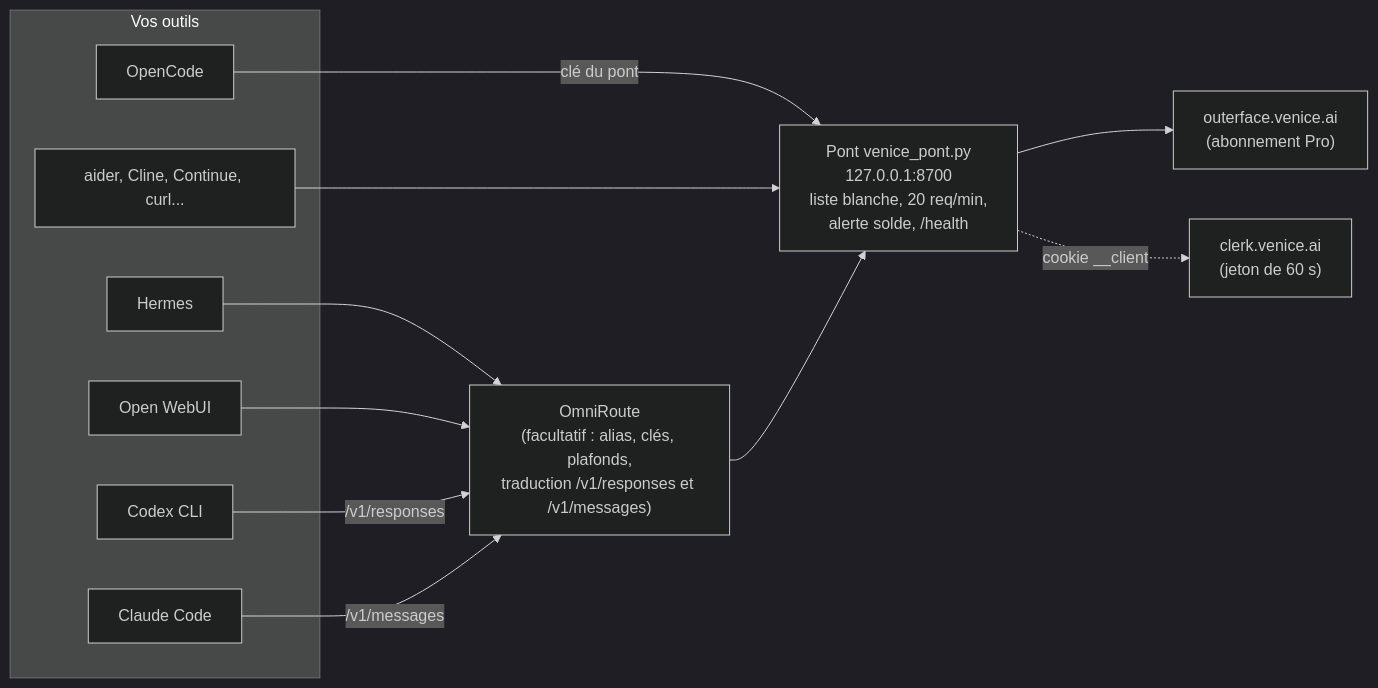
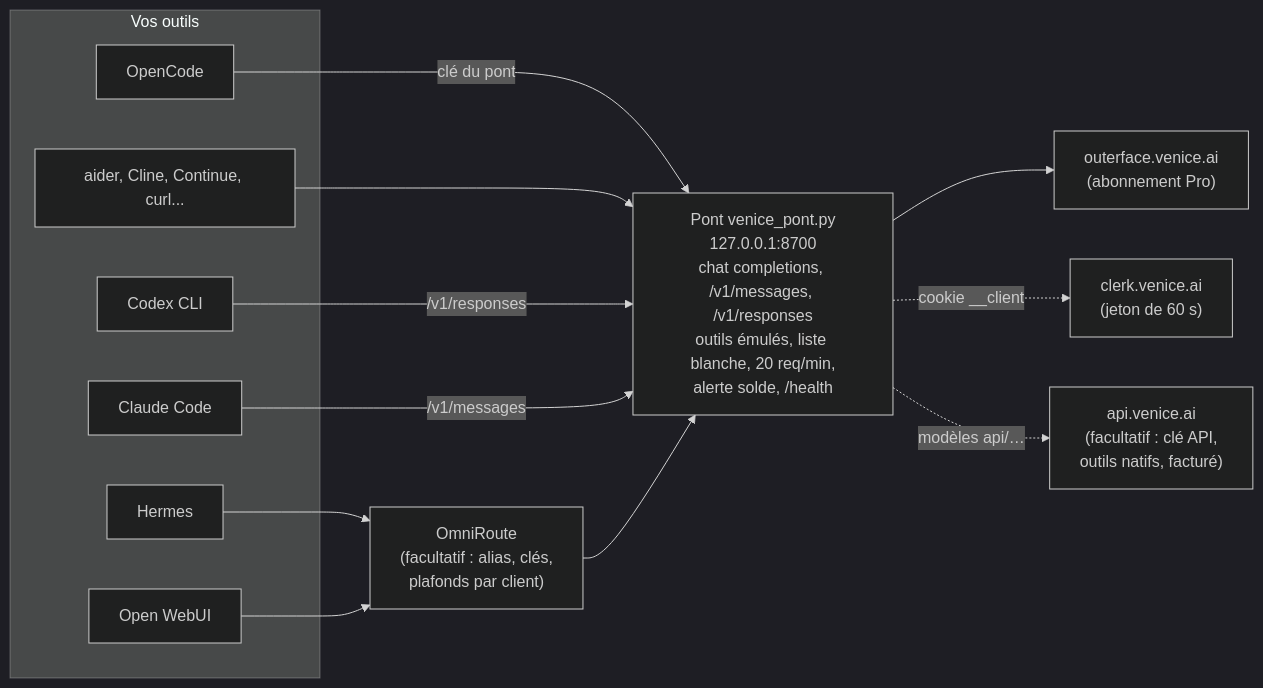
Before and after one commit to xairon/ve_nice-proxy: the diagram in README.md, drawn with Mermaid (dark theme). The commit also changed other lines of this file and 15 other files, not shown here.

````diff
--- a/README.md
+++ b/README.md
@@ -30,24 +36,26 @@
 ```mermaid
 flowchart LR
   subgraph clients [Vos outils]
     OC[OpenCode]
     HE[Hermes]
     OW[Open WebUI]
     CX[Codex CLI]
     CC[Claude Code]
     AI[aider, Cline, Continue, curl...]
   end
-  OR["OmniRoute<br/>(facultatif : alias, clés, plafonds,<br/>traduction /v1/responses et /v1/messages)"]
-  P["Pont venice_pont.py<br/>127.0.0.1:8700<br/>liste blanche, 20 req/min,<br/>alerte solde, /health"]
+  OR["OmniRoute<br/>(facultatif : alias, clés,<br/>plafonds par client)"]
+  P["Pont venice_pont.py<br/>127.0.0.1:8700<br/>chat completions, /v1/messages, /v1/responses<br/>outils émulés, liste blanche, 20 req/min,<br/>alerte solde, /health"]
+  API["api.venice.ai<br/>(facultatif : clé API,<br/>outils natifs, facturé)"]
   V["outerface.venice.ai<br/>(abonnement Pro)"]
   CL["clerk.venice.ai<br/>(jeton de 60 s)"]
   OC -->|"clé du pont"| P
   AI --> P
   HE --> OR
   OW --> OR
-  CX -->|"/v1/responses"| OR
-  CC -->|"/v1/messages"| OR
+  CX -->|"/v1/responses"| P
+  CC -->|"/v1/messages"| P
   OR --> P
   P --> V
   P -.->|"cookie __client"| CL
+  P -.->|"modèles api/…"| API
 ```
````
